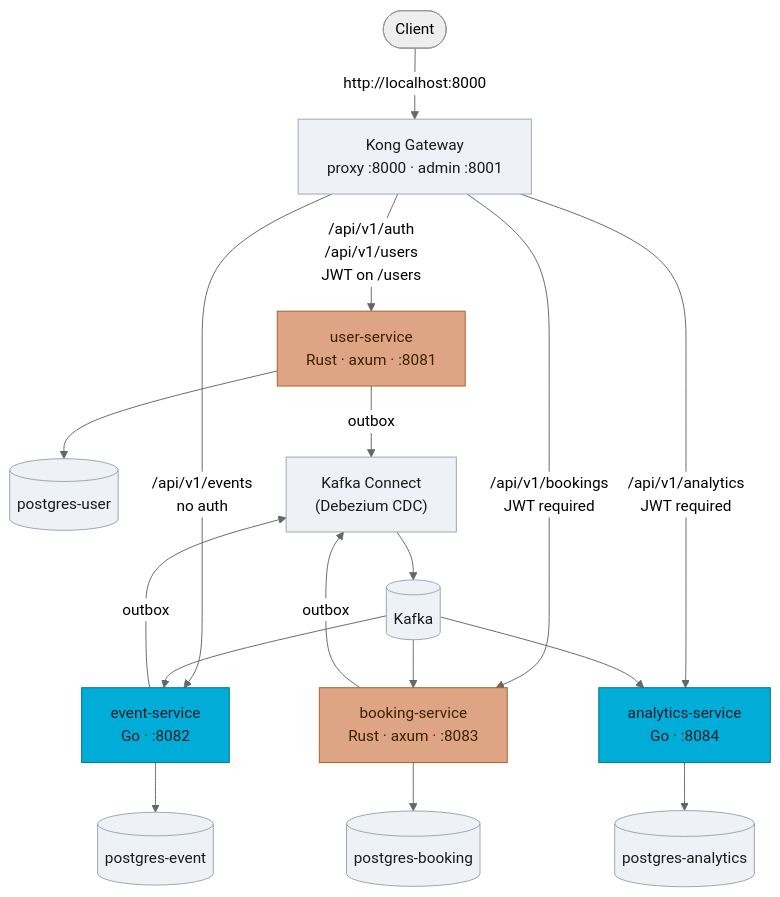
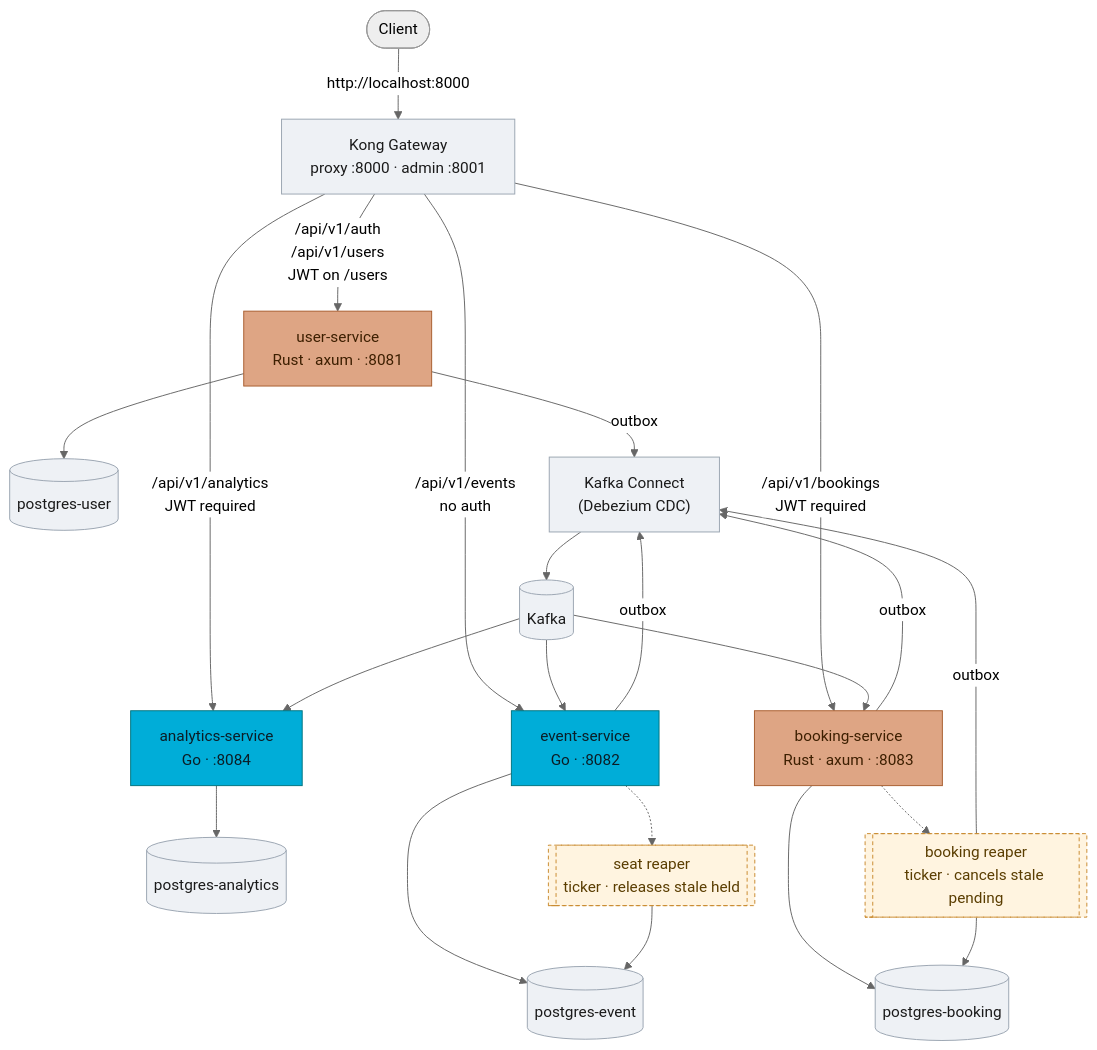
Before and after one commit to buixuankhai1204/ticket-microservices: the diagram in README.md, drawn with Mermaid (neutral theme). The commit also changed other lines of this file, not shown here.

Commit message:
README: show the two saga reapers in the architecture chart
Add the booking-service and event-service stuck-saga reapers (merged in
PR #32) to the architecture mermaid diagram: dashed edges from each owning
service to a reaper node, the booking reaper writing its BookingCancelled
via the outbox and the seat reaper only touching its own DB (no event).
Plus a one-paragraph note on what they recover.

````diff
--- a/README.md
+++ b/README.md
@@ -21,31 +21,39 @@
 ```mermaid
 flowchart TB
     client([Client])
     client -->|"http://localhost:8000"| kong["Kong Gateway<br/>proxy :8000 · admin :8001"]
 
     kong -->|"/api/v1/auth<br/>/api/v1/users<br/>JWT on /users"| us["user-service<br/>Rust · axum · :8081"]
     kong -->|"/api/v1/events<br/>no auth"| es["event-service<br/>Go · :8082"]
     kong -->|"/api/v1/bookings<br/>JWT required"| bs["booking-service<br/>Rust · axum · :8083"]
     kong -->|"/api/v1/analytics<br/>JWT required"| as["analytics-service<br/>Go · :8084"]
 
     us --> pgu[("postgres-user")]
     es --> pge[("postgres-event")]
     bs --> pgb[("postgres-booking")]
     as --> pga[("postgres-analytics")]
 
+    bs -.-> breaper[["booking reaper<br/>ticker · cancels stale pending"]]
+    es -.-> sreaper[["seat reaper<br/>ticker · releases stale held"]]
+    breaper --> pgb
+    breaper -->|outbox| connect
+    sreaper --> pge
+
     us -->|outbox| connect
     es -->|outbox| connect
     bs -->|outbox| connect
     connect["Kafka Connect<br/>(Debezium CDC)"] --> kafka[("Kafka")]
 
     kafka --> es
     kafka --> bs
     kafka --> as
 
     classDef go fill:#00ADD8,color:#0b1d26,stroke:#00747f
     classDef rust fill:#DEA584,color:#3d1f00,stroke:#a85d2e
     classDef infra fill:#eef1f5,color:#1a1a1a,stroke:#9aa5b1
+    classDef reaper fill:#fff4e0,color:#5a3d00,stroke:#c98a2e,stroke-dasharray:4 3
     class es,as go
     class us,bs rust
     class kong,pgu,pge,pgb,pga,connect,kafka infra
+    class breaper,sreaper reaper
 ```
````
